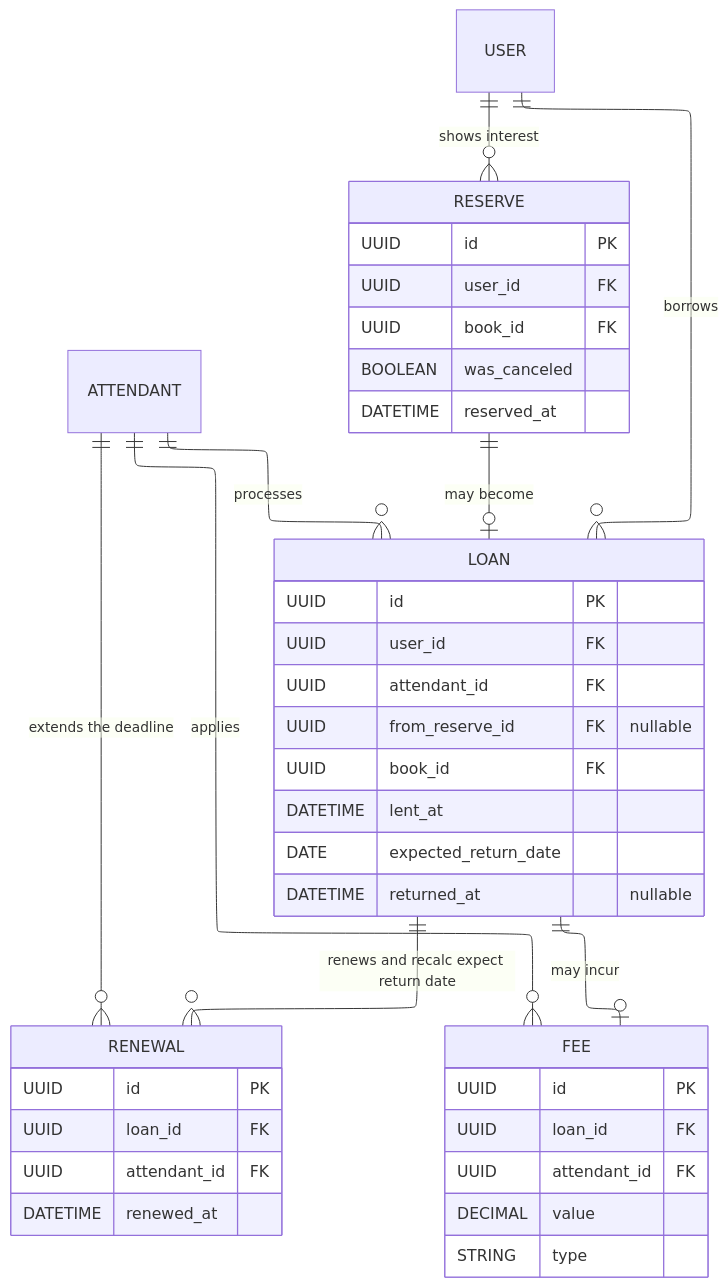
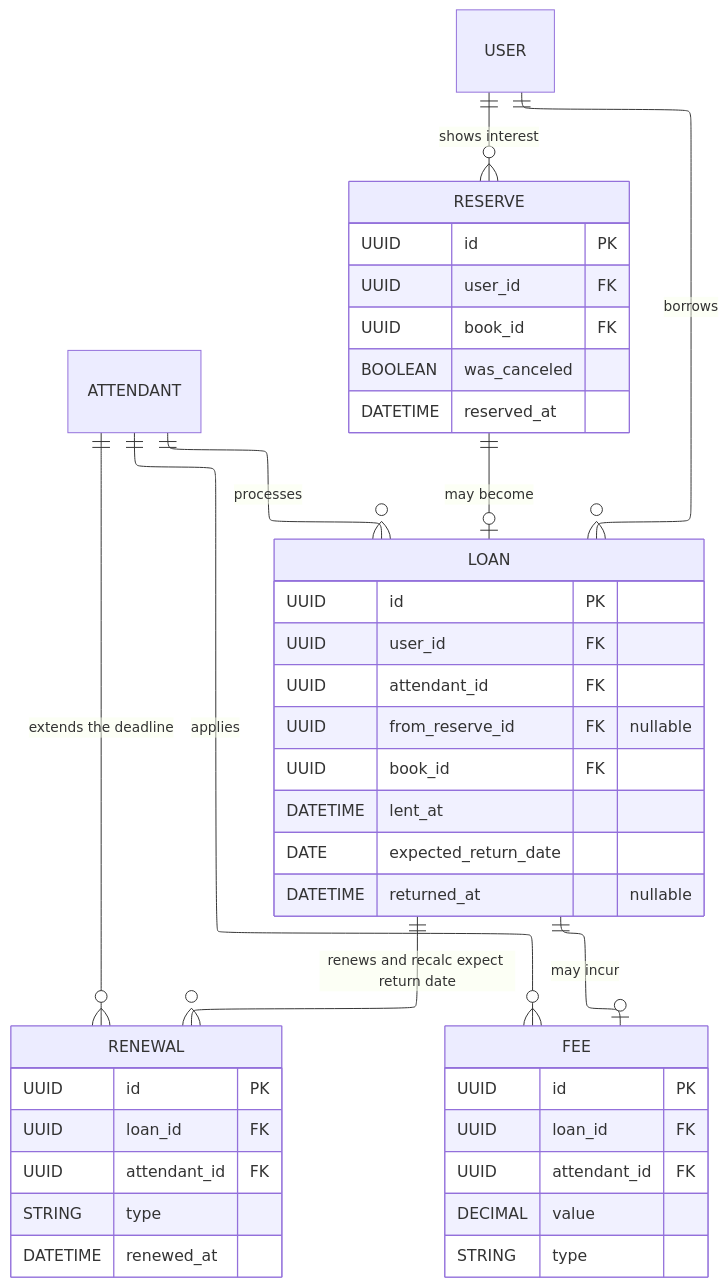
One commit to ali1ariel/alashandria changed the second of 4 diagrams in docs/architecture.md. Above: the diagram before and after it, drawn with Mermaid. The commit also changed other lines of this file, not shown here.

````diff
--- a/docs/architecture.md
+++ b/docs/architecture.md
@@ -66,46 +72,47 @@
 ```mermaid
 ---
 config:
   layout: elk
 ---
 erDiagram
     ATTENDANT ||--o{ LOAN : processes
     ATTENDANT ||--o{ RENEWAL : "extends the deadline"
     ATTENDANT ||--o{ FEE : applies
     USER ||--o{ LOAN : borrows
     USER ||--o{ RESERVE : "shows interest"
     LOAN ||--o| FEE : "may incur"
     LOAN ||--o{ RENEWAL : "renews and recalc expect return date"
     RESERVE ||--o| LOAN : "may become"
     LOAN {
         UUID id PK
         UUID user_id FK
         UUID attendant_id FK
         UUID from_reserve_id FK "nullable"
         UUID book_id FK
         DATETIME lent_at
         DATE expected_return_date
         DATETIME returned_at "nullable"
     }
     RENEWAL {
         UUID id PK
         UUID loan_id FK
         UUID attendant_id FK
+        STRING type
         DATETIME renewed_at
     }
     FEE {
         UUID id PK
         UUID loan_id FK
         UUID attendant_id FK
         DECIMAL value
         STRING type
     }
     RESERVE {
         UUID id PK
         UUID user_id FK
         UUID book_id FK
         BOOLEAN was_canceled
         DATETIME reserved_at
     }
 
 ```
````
